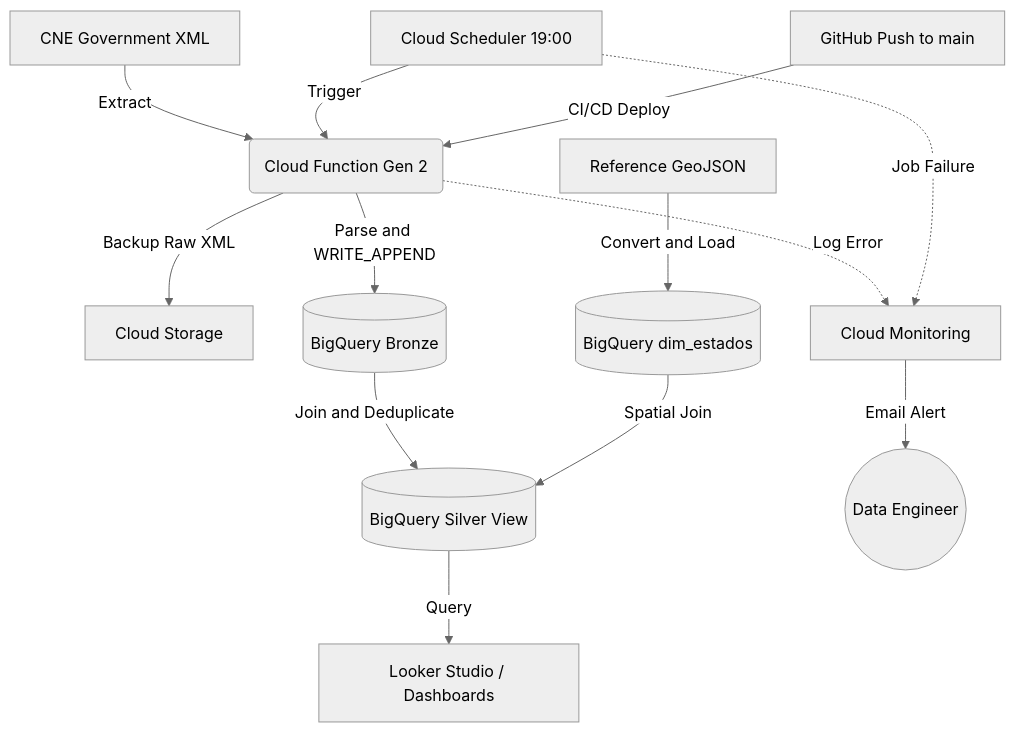
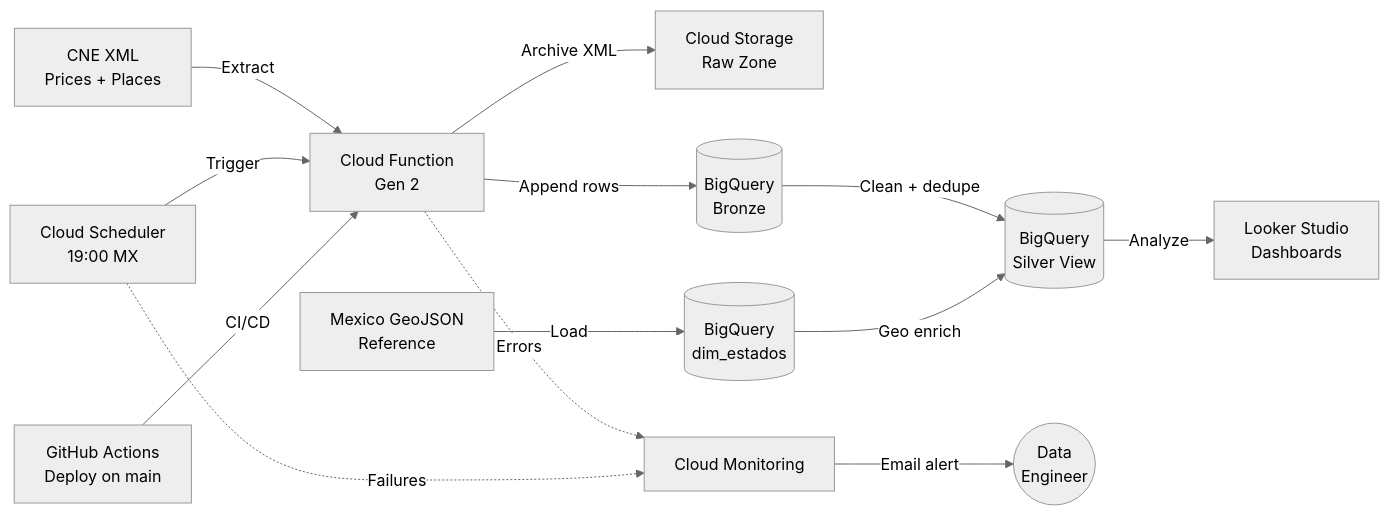
The diagram in README.md (danielbep94/cne-gas-prices-pipeline), drawn with Mermaid (neutral theme) before and after one commit. The commit also changed other lines of this file, not shown here.

````diff
--- a/README.md
+++ b/README.md
@@ -52,19 +54,21 @@
 ```mermaid
-graph TD;
-    A[CNE Government XML] -->|Extract| B(Cloud Function Gen 2);
-    C[Cloud Scheduler 19:00] -->|Trigger| B;
-    J[GitHub Push to main] -->|CI/CD Deploy| B;
+flowchart LR
+    %% Main ingestion flow
+    CNE["CNE XML<br/>Prices + Places"] -->|Extract| CF["Cloud Function<br/>Gen 2"]
+    SCH["Cloud Scheduler<br/>19:00 MX"] -->|Trigger| CF
+    GHA["GitHub Actions<br/>Deploy on main"] -->|CI/CD| CF
 
-    B -->|Backup Raw XML| D[Cloud Storage];
-    B -->|Parse and WRITE_APPEND| E[(BigQuery Bronze)];
+    CF -->|Archive XML| GCS["Cloud Storage<br/>Raw Zone"]
+    CF -->|Append rows| BRZ[("BigQuery<br/>Bronze")]
 
-    F[Reference GeoJSON] -->|Convert and Load| G[(BigQuery dim_estados)];
-    E -->|Join and Deduplicate| H[(BigQuery Silver View)];
-    G -->|Spatial Join| H;
+    GEO["Mexico GeoJSON<br/>Reference"] -->|Load| DIM[("BigQuery<br/>dim_estados")]
 
-    H -->|Query| I[Looker Studio / Dashboards];
+    BRZ -->|Clean + dedupe| SIL[("BigQuery<br/>Silver View")]
+    DIM -->|Geo enrich| SIL
+    SIL -->|Analyze| BI["Looker Studio<br/>Dashboards"]
 
-    B -.->|Log Error| K[Cloud Monitoring];
-    C -.->|Job Failure| K;
-    K -->|Email Alert| L((Data Engineer));
+    %% Observability flow
+    CF -.->|Errors| MON["Cloud Monitoring"]
+    SCH -.->|Failures| MON
+    MON -->|Email alert| ENG(("Data<br/>Engineer"))
 ```
````
